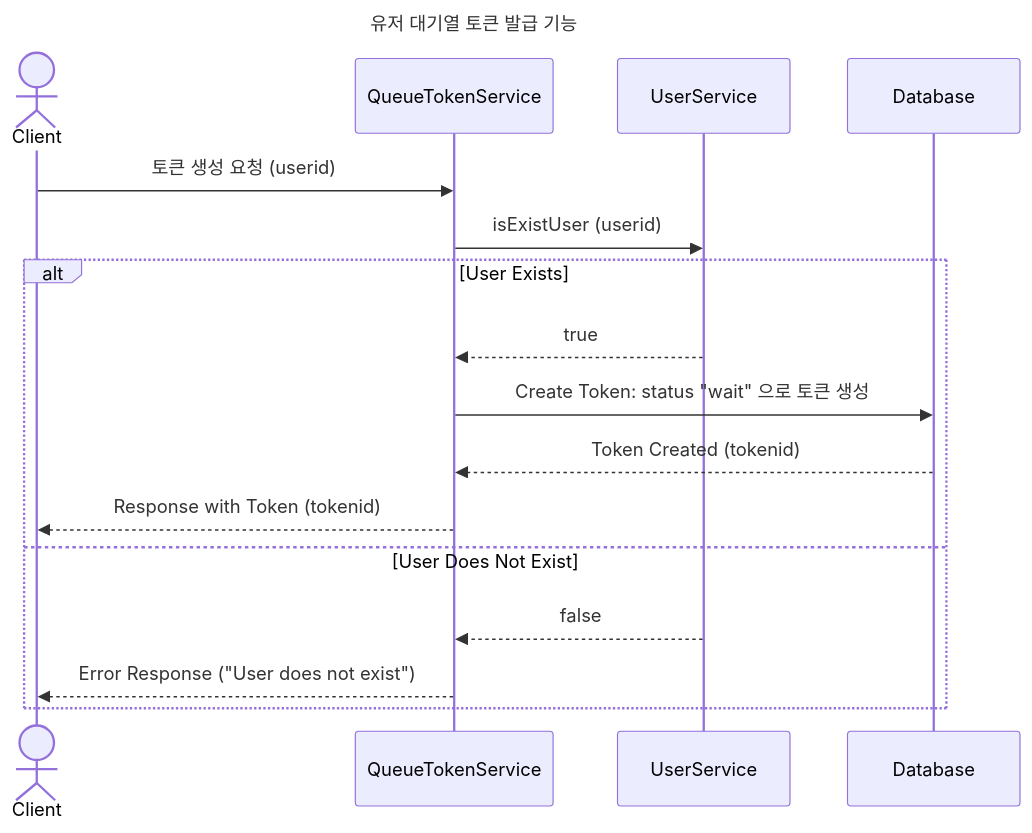
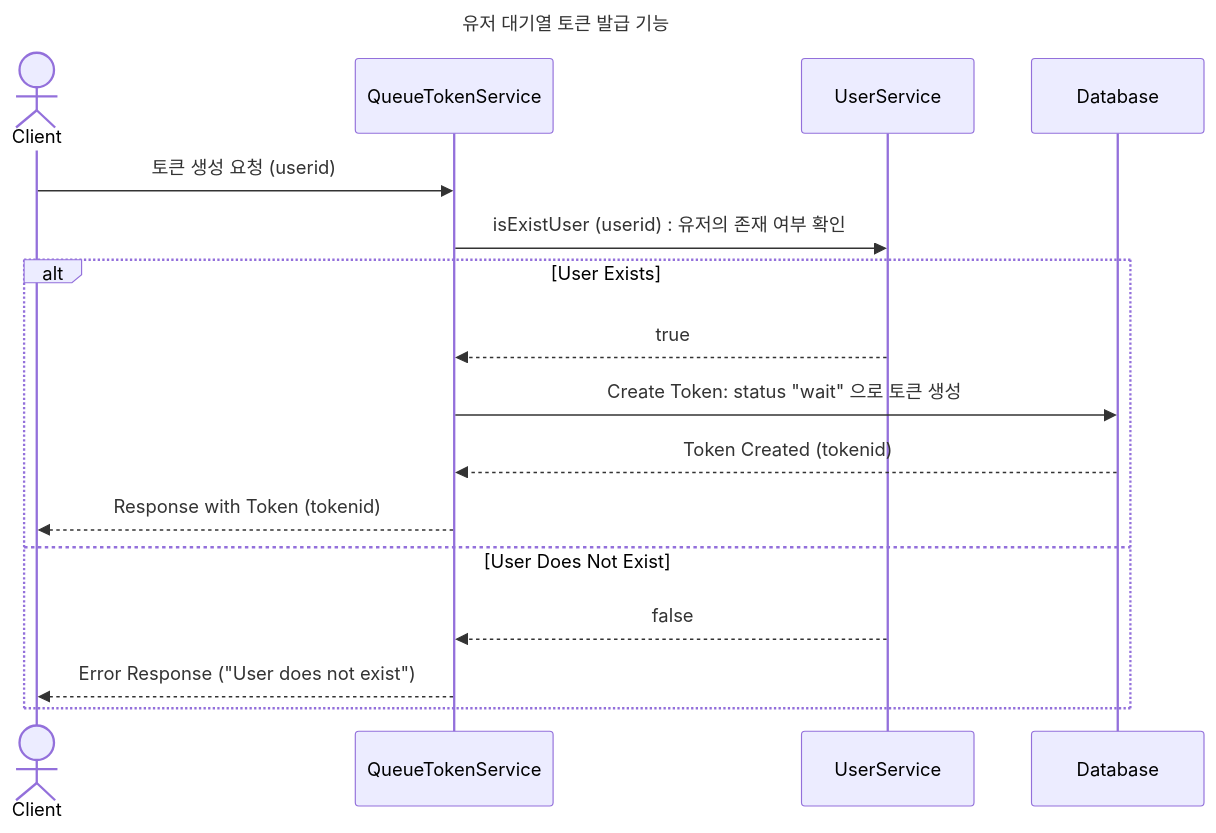
The diagram in design/sequence_diagram/유저_대기열_토큰_발급_기능.md (GustavEiffels/hhplus_server_build), drawn with Mermaid before and after one commit.

Commit message:
[fix] 문서 수정 완료

````diff
--- a/design/sequence_diagram/유저_대기열_토큰_발급_기능.md
+++ b/design/sequence_diagram/유저_대기열_토큰_발급_기능.md
@@ -1,23 +1,25 @@
 ```mermaid
 ---
 title: 유저 대기열 토큰 발급 기능 
 ---
 sequenceDiagram
     actor Client as Client
     participant TokenService as QueueTokenService
     participant user as UserService
     participant Database as Database
 
     Client->>TokenService: 토큰 생성 요청 (userid)  
-    TokenService ->> user  : isExistUser (userid)
+    TokenService ->> user  : isExistUser (userid) : 유저의 존재 여부 확인 
     alt User Exists
         user -->> TokenService : true
         TokenService->>Database: Create Token: status "wait" 으로 토큰 생성 
         Database-->>TokenService: Token Created (tokenid)
         TokenService-->>Client: Response with Token (tokenid)
     else User Does Not Exist
         user -->> TokenService : false
         TokenService-->>Client: Error Response ("User does not exist")
     end
 
+
+
 ```
````
